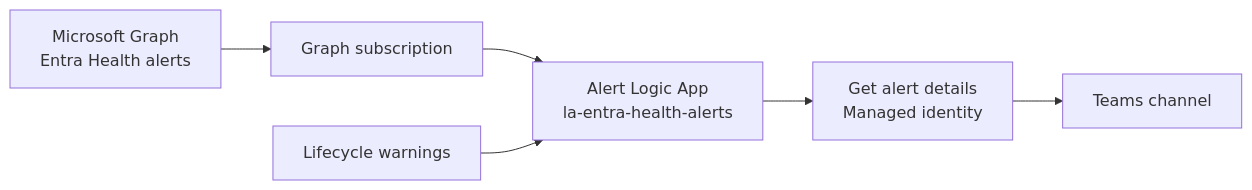
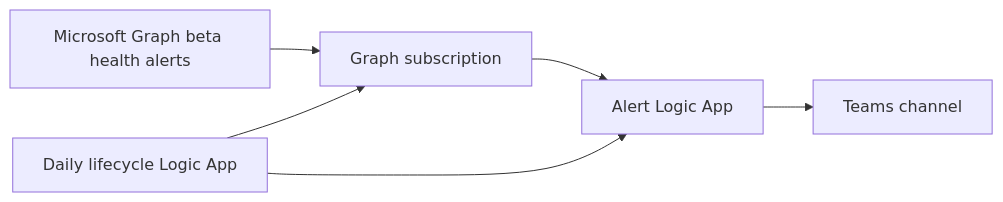
Before and after one commit to nathanmcnulty/azd-entra-health-monitoring: the diagram in README.md, drawn with Mermaid. The commit also changed other lines of this file and 7 other files, not shown here.

````diff
--- a/README.md
+++ b/README.md
@@ -41,8 +47,8 @@
 ```mermaid
 flowchart LR
-    G[Microsoft Graph<br/>Entra Health alerts] --> S[Graph subscription]
-    S --> A[Alert Logic App<br/>la-entra-health-alerts]
-    A --> D[Get alert details<br/>Managed identity]
-    D --> T[Teams channel]
-    L[Lifecycle warnings] --> A
+  G[Microsoft Graph beta health alerts] --> S[Graph subscription]
+  S --> A[Alert Logic App]
+  A --> T[Teams channel]
+  L[Daily lifecycle Logic App] --> S
+  L --> A
 ```
````
